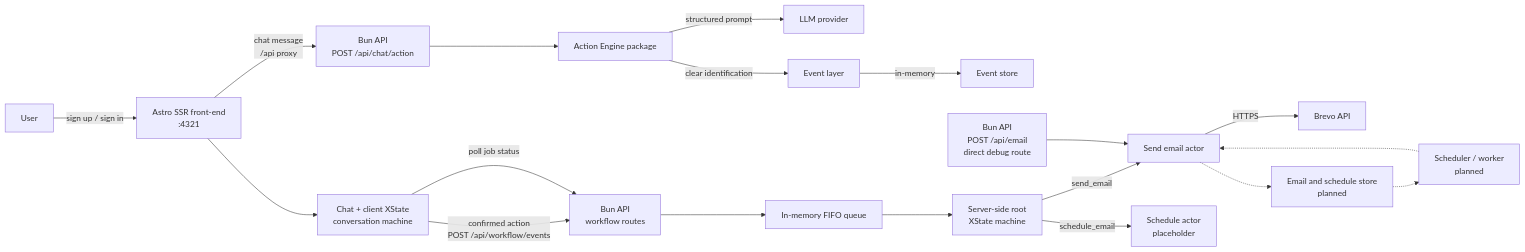
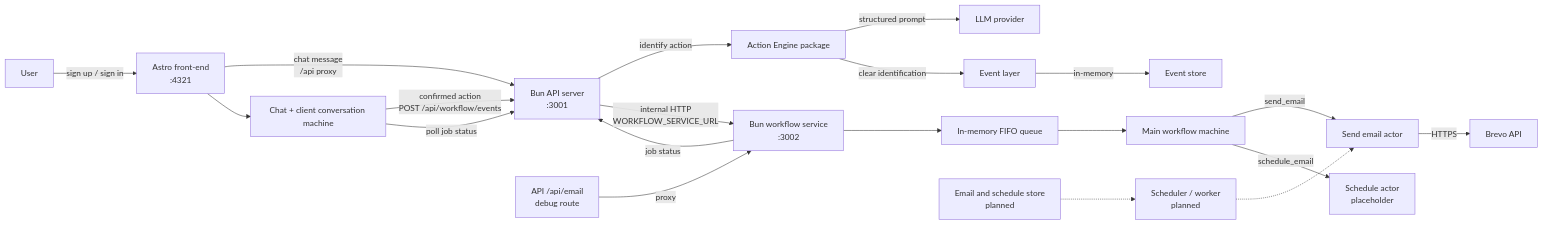
The first of 7 diagrams in docs/SYSTEM_DIAGRAM.md (ranjitd-sys/Workflow), drawn with Mermaid before and after one commit. The commit also changed other lines of this file and 37 other files, not shown here.

Commit message:
feat:added shaparation between server client and the workflow

````diff
--- a/docs/SYSTEM_DIAGRAM.md
+++ b/docs/SYSTEM_DIAGRAM.md
@@ -28,23 +26,24 @@
 ```mermaid
 flowchart LR
-  User["User"] -->|"sign up / sign in"| App["Astro SSR front-end<br/>:4321"]
-  App -->|"chat message<br/>/api proxy"| ActionAPI["Bun API<br/>POST /api/chat/action"]
-  ActionAPI --> Engine["Action Engine package"]
+  User["User"] -->|"sign up / sign in"| App["Astro front-end<br/>:4321"]
+  App -->|"chat message<br/>/api proxy"| API["Bun API server<br/>:3001"]
+  API -->|"identify action"| Engine["Action Engine package"]
   Engine -->|"structured prompt"| LLM["LLM provider"]
   Engine -->|"clear identification"| Events["Event layer"]
   Events -->|"in-memory"| EventStore["Event store"]
 
-  App --> ChatMachine["Chat + client XState<br/>conversation machine"]
-  ChatMachine -->|"confirmed action<br/>POST /api/workflow/events"| WorkflowAPI["Bun API<br/>workflow routes"]
-  WorkflowAPI --> Queue["In-memory FIFO queue"]
-  Queue --> RootMachine["Server-side root<br/>XState machine"]
-  RootMachine -->|"send_email"| SendActor["Send email actor"]
+  App --> ChatMachine["Chat + client conversation machine"]
+  ChatMachine -->|"confirmed action<br/>POST /api/workflow/events"| API
+  API -->|"internal HTTP<br/>WORKFLOW_SERVICE_URL"| Workflow["Bun workflow service<br/>:3002"]
+  Workflow --> Queue["In-memory FIFO queue"]
+  Queue --> MainMachine["Main workflow machine"]
+  MainMachine -->|"send_email"| SendActor["Send email actor"]
   SendActor -->|"HTTPS"| Brevo["Brevo API"]
-  RootMachine -->|"schedule_email"| ScheduleActor["Schedule actor<br/>placeholder"]
-  ChatMachine -->|"poll job status"| WorkflowAPI
+  MainMachine -->|"schedule_email"| ScheduleActor["Schedule actor<br/>placeholder"]
+  Workflow -->|"job status"| API
+  ChatMachine -->|"poll job status"| API
 
-  DirectAPI["Bun API<br/>POST /api/email<br/>direct debug route"] --> SendActor
+  DirectAPI["API /api/email<br/>debug route"] -->|"proxy"| Workflow
   Scheduler["Scheduler / worker<br/>planned"] -.-> SendActor
   EmailStore["Email and schedule store<br/>planned"] -.-> Scheduler
-  SendActor -.-> EmailStore
 ```
````
